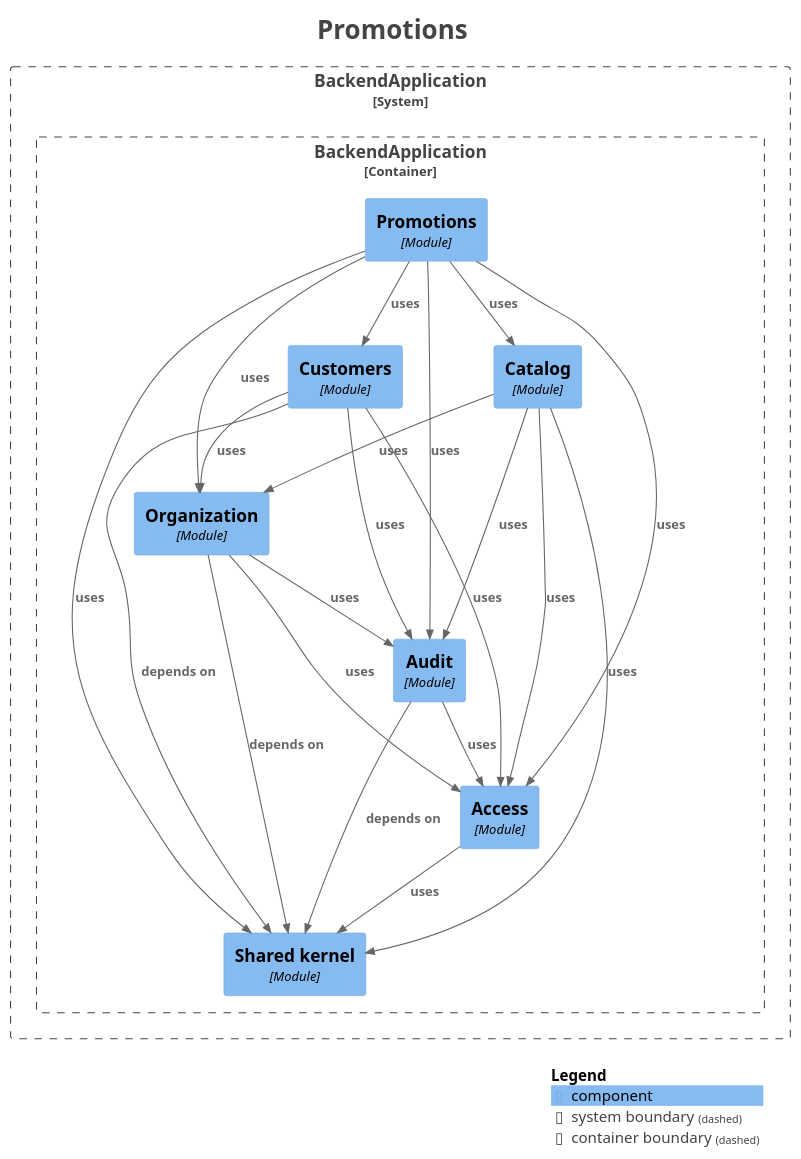
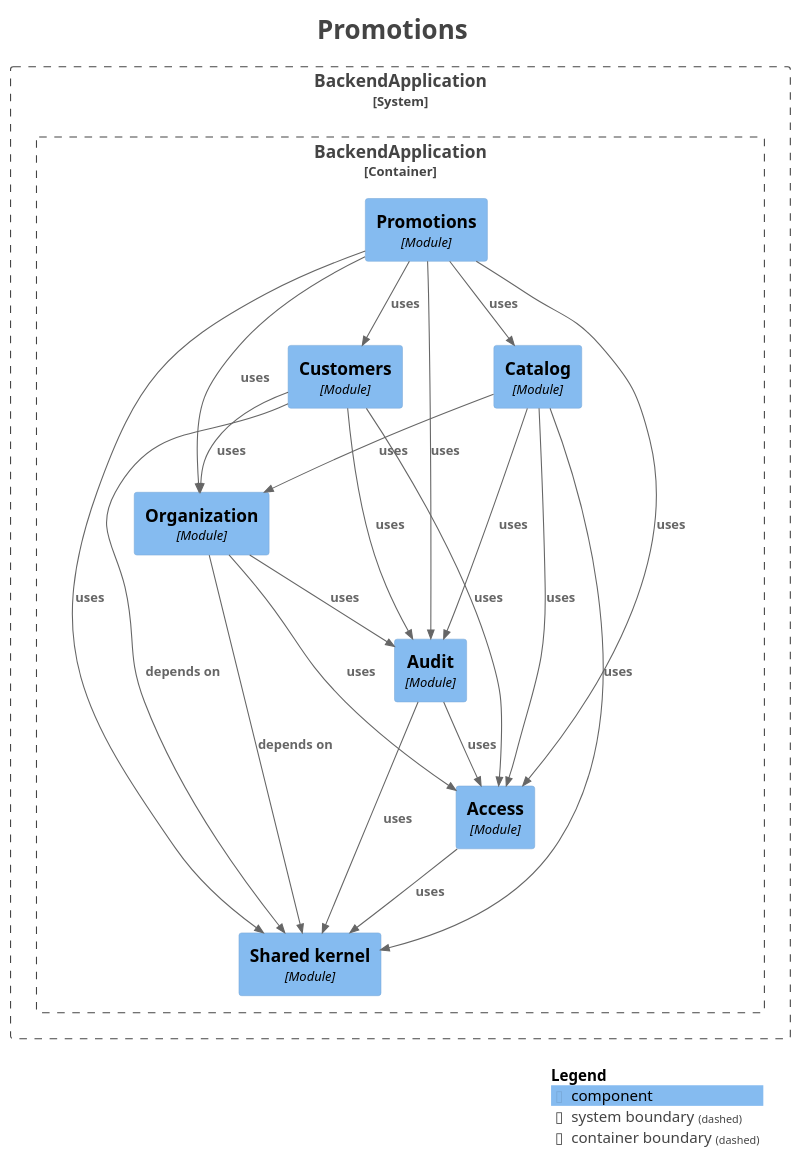
One commit to fxavier/restaurantePRO changed the diagram in docs/architecture/modules/module-promotions.puml. Above: the diagram before and after it, drawn with PlantUML. The commit also changed 23 other files, not shown here.

```diff
--- a/docs/architecture/modules/module-promotions.puml
+++ b/docs/architecture/modules/module-promotions.puml
@@ -1,54 +1,54 @@
 @startuml
 title <size:24>Promotions</size>
 
 set separator none
 top to bottom direction
 
 <style>
   root {
     BackgroundColor: #ffffff
     FontColor: #444444
   }
 </style>
 
 !include <C4/C4>
 !include <C4/C4_Context>
 !include <C4/C4_Component>
 
 System_Boundary("BackendApplication_boundary", "BackendApplication", $tags="") {
   Container_Boundary("BackendApplication.BackendApplication_boundary", "BackendApplication", $tags="") {
     Component(BackendApplication.BackendApplication.Promotions, "Promotions", $techn="Module", $descr="", $tags="", $link="")
     Component(BackendApplication.BackendApplication.Sharedkernel, "Shared kernel", $techn="Module", $descr="", $tags="", $link="")
     Component(BackendApplication.BackendApplication.Access, "Access", $techn="Module", $descr="", $tags="", $link="")
     Component(BackendApplication.BackendApplication.Audit, "Audit", $techn="Module", $descr="", $tags="", $link="")
     Component(BackendApplication.BackendApplication.Organization, "Organization", $techn="Module", $descr="", $tags="", $link="")
     Component(BackendApplication.BackendApplication.Catalog, "Catalog", $techn="Module", $descr="", $tags="", $link="")
     Component(BackendApplication.BackendApplication.Customers, "Customers", $techn="Module", $descr="", $tags="", $link="")
   }
 
 }
 
-Rel(BackendApplication.BackendApplication.Audit, BackendApplication.BackendApplication.Access, "uses", $techn="", $tags="", $link="")
-Rel(BackendApplication.BackendApplication.Customers, BackendApplication.BackendApplication.Sharedkernel, "depends on", $techn="", $tags="", $link="")
-Rel(BackendApplication.BackendApplication.Customers, BackendApplication.BackendApplication.Access, "uses", $techn="", $tags="", $link="")
-Rel(BackendApplication.BackendApplication.Customers, BackendApplication.BackendApplication.Organization, "uses", $techn="", $tags="", $link="")
-Rel(BackendApplication.BackendApplication.Customers, BackendApplication.BackendApplication.Audit, "uses", $techn="", $tags="", $link="")
+Rel(BackendApplication.BackendApplication.Catalog, BackendApplication.BackendApplication.Access, "uses", $techn="", $tags="", $link="")
+Rel(BackendApplication.BackendApplication.Catalog, BackendApplication.BackendApplication.Sharedkernel, "uses", $techn="", $tags="", $link="")
+Rel(BackendApplication.BackendApplication.Catalog, BackendApplication.BackendApplication.Audit, "uses", $techn="", $tags="", $link="")
+Rel(BackendApplication.BackendApplication.Catalog, BackendApplication.BackendApplication.Organization, "uses", $techn="", $tags="", $link="")
 Rel(BackendApplication.BackendApplication.Organization, BackendApplication.BackendApplication.Sharedkernel, "depends on", $techn="", $tags="", $link="")
 Rel(BackendApplication.BackendApplication.Organization, BackendApplication.BackendApplication.Audit, "uses", $techn="", $tags="", $link="")
 Rel(BackendApplication.BackendApplication.Organization, BackendApplication.BackendApplication.Access, "uses", $techn="", $tags="", $link="")
+Rel(BackendApplication.BackendApplication.Audit, BackendApplication.BackendApplication.Access, "uses", $techn="", $tags="", $link="")
+Rel(BackendApplication.BackendApplication.Audit, BackendApplication.BackendApplication.Sharedkernel, "uses", $techn="", $tags="", $link="")
 Rel(BackendApplication.BackendApplication.Promotions, BackendApplication.BackendApplication.Organization, "uses", $techn="", $tags="", $link="")
 Rel(BackendApplication.BackendApplication.Promotions, BackendApplication.BackendApplication.Access, "uses", $techn="", $tags="", $link="")
 Rel(BackendApplication.BackendApplication.Promotions, BackendApplication.BackendApplication.Customers, "uses", $techn="", $tags="", $link="")
 Rel(BackendApplication.BackendApplication.Promotions, BackendApplication.BackendApplication.Audit, "uses", $techn="", $tags="", $link="")
 Rel(BackendApplication.BackendApplication.Promotions, BackendApplication.BackendApplication.Sharedkernel, "uses", $techn="", $tags="", $link="")
 Rel(BackendApplication.BackendApplication.Promotions, BackendApplication.BackendApplication.Catalog, "uses", $techn="", $tags="", $link="")
 Rel(BackendApplication.BackendApplication.Access, BackendApplication.BackendApplication.Sharedkernel, "uses", $techn="", $tags="", $link="")
-Rel(BackendApplication.BackendApplication.Catalog, BackendApplication.BackendApplication.Access, "uses", $techn="", $tags="", $link="")
-Rel(BackendApplication.BackendApplication.Catalog, BackendApplication.BackendApplication.Sharedkernel, "uses", $techn="", $tags="", $link="")
-Rel(BackendApplication.BackendApplication.Catalog, BackendApplication.BackendApplication.Audit, "uses", $techn="", $tags="", $link="")
-Rel(BackendApplication.BackendApplication.Catalog, BackendApplication.BackendApplication.Organization, "uses", $techn="", $tags="", $link="")
-Rel(BackendApplication.BackendApplication.Audit, BackendApplication.BackendApplication.Sharedkernel, "depends on", $techn="", $tags="", $link="")
+Rel(BackendApplication.BackendApplication.Customers, BackendApplication.BackendApplication.Sharedkernel, "depends on", $techn="", $tags="", $link="")
+Rel(BackendApplication.BackendApplication.Customers, BackendApplication.BackendApplication.Access, "uses", $techn="", $tags="", $link="")
+Rel(BackendApplication.BackendApplication.Customers, BackendApplication.BackendApplication.Organization, "uses", $techn="", $tags="", $link="")
+Rel(BackendApplication.BackendApplication.Customers, BackendApplication.BackendApplication.Audit, "uses", $techn="", $tags="", $link="")
 
 SHOW_LEGEND(true)
 hide stereotypes
 @enduml
```
